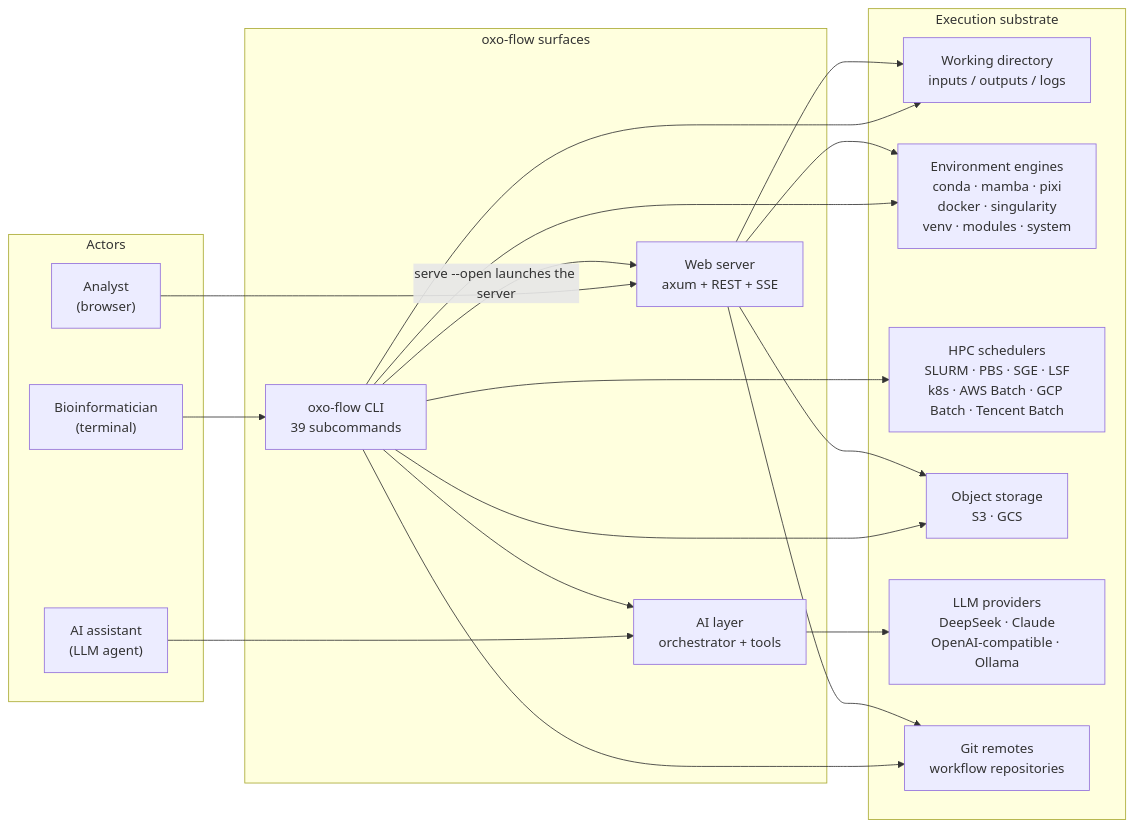
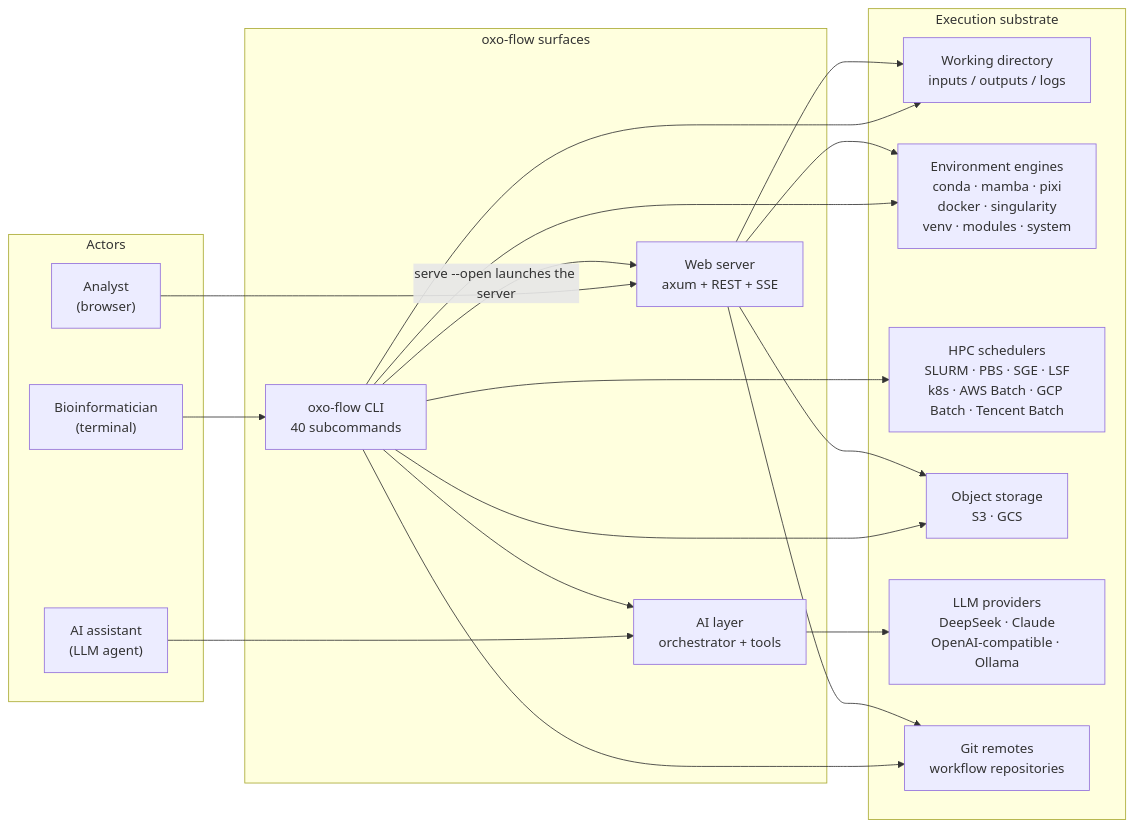
The first of 12 diagrams in docs/guide/src/reference/architecture.md (Traitome/oxo-flow), drawn with Mermaid before and after one commit. The commit also changed other lines of this file and 45 other files, not shown here.

````diff
--- a/docs/guide/src/reference/architecture.md
+++ b/docs/guide/src/reference/architecture.md
@@ -50,40 +50,40 @@
 ```mermaid
 flowchart LR
     subgraph actors["Actors"]
         bio["Bioinformatician<br/>(terminal)"]
         webuser["Analyst<br/>(browser)"]
         agent["AI assistant<br/>(LLM agent)"]
     end
 
     subgraph surfaces["oxo-flow surfaces"]
-        cli["oxo-flow CLI<br/>39 subcommands"]
+        cli["oxo-flow CLI<br/>40 subcommands"]
         web["Web server<br/>axum + REST + SSE"]
         ai["AI layer<br/>orchestrator + tools"]
     end
 
     subgraph world["Execution substrate"]
         fs["Working directory<br/>inputs / outputs / logs"]
         env["Environment engines<br/>conda · mamba · pixi<br/>docker · singularity<br/>venv · modules · system"]
         hpc["HPC schedulers<br/>SLURM · PBS · SGE · LSF<br/>k8s · AWS Batch · GCP Batch · Tencent Batch"]
         obj["Object storage<br/>S3 · GCS"]
         llm["LLM providers<br/>DeepSeek · Claude<br/>OpenAI-compatible · Ollama"]
         git["Git remotes<br/>workflow repositories"]
     end
 
     bio --> cli
     webuser --> web
     cli -- "serve --open launches the server" --> web
     agent --> ai
     cli --> ai
 
     cli --> fs
     web --> fs
     cli --> env
     web --> env
     cli --> hpc
     cli --> obj
     web --> obj
     cli --> git
     web --> git
     ai --> llm
 ```
````
